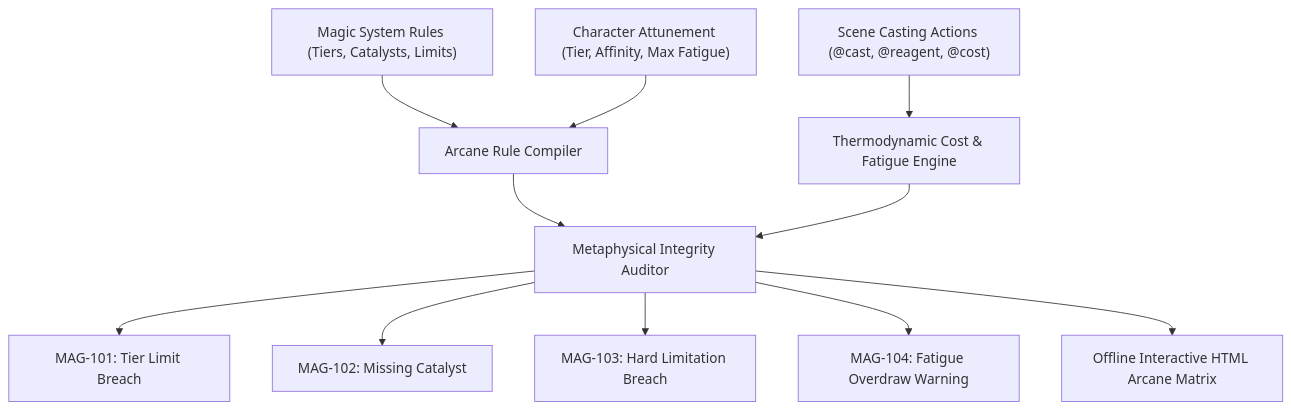
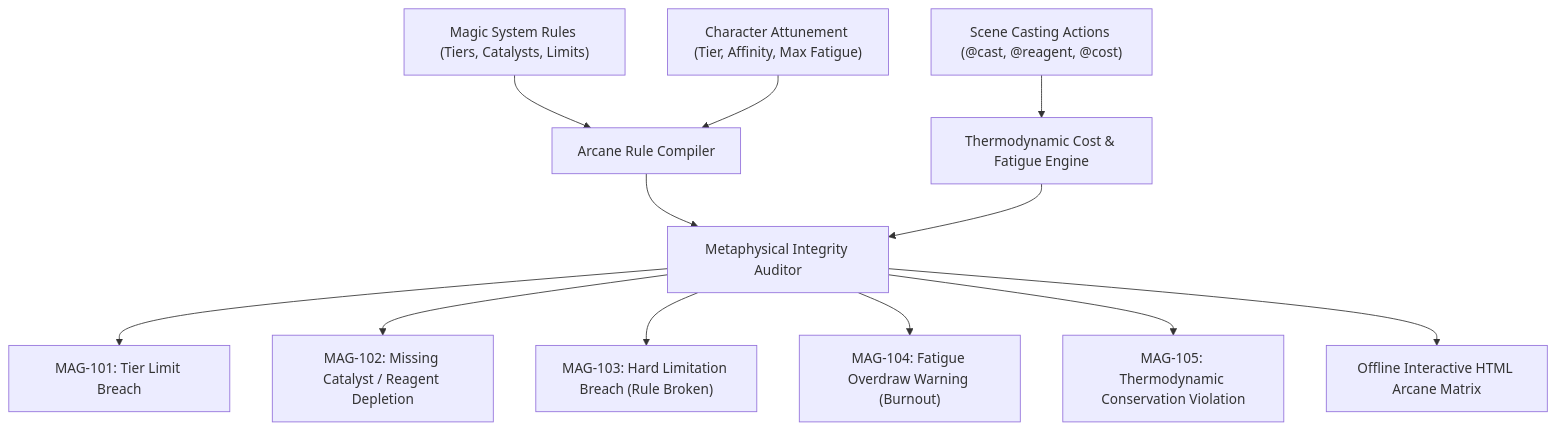
Before and after one commit to aryansinghnagar/Ars-Arcanum: the diagram in docs/MAGIC_SYSTEM.md, drawn with Mermaid. The commit also changed other lines of this file and 239 other files, not shown here.

First line of the commit message:
feat(v5.0.0): streamline to 47 deterministic engines, zero-pip architecture, and encyclopedic craft references

````diff
--- a/docs/MAGIC_SYSTEM.md
+++ b/docs/MAGIC_SYSTEM.md
@@ -21,14 +12,15 @@
 ```mermaid
 flowchart TD
     SystemRule["Magic System Rules (Tiers, Catalysts, Limits)"] --> Validator["Arcane Rule Compiler"]
     CharProfile["Character Attunement (Tier, Affinity, Max Fatigue)"] --> Validator
     SceneCast["Scene Casting Actions (@cast, @reagent, @cost)"] --> CostEngine["Thermodynamic Cost & Fatigue Engine"]
     
     Validator & CostEngine --> Audit["Metaphysical Integrity Auditor"]
     Audit --> D101["MAG-101: Tier Limit Breach"]
-    Audit --> D102["MAG-102: Missing Catalyst"]
-    Audit --> D103["MAG-103: Hard Limitation Breach"]
-    Audit --> D104["MAG-104: Fatigue Overdraw Warning"]
+    Audit --> D102["MAG-102: Missing Catalyst / Reagent Depletion"]
+    Audit --> D103["MAG-103: Hard Limitation Breach (Rule Broken)"]
+    Audit --> D104["MAG-104: Fatigue Overdraw Warning (Burnout)"]
+    Audit --> D105["MAG-105: Thermodynamic Conservation Violation"]
     
     Audit --> Dashboard["Offline Interactive HTML Arcane Matrix"]
 ```
````
